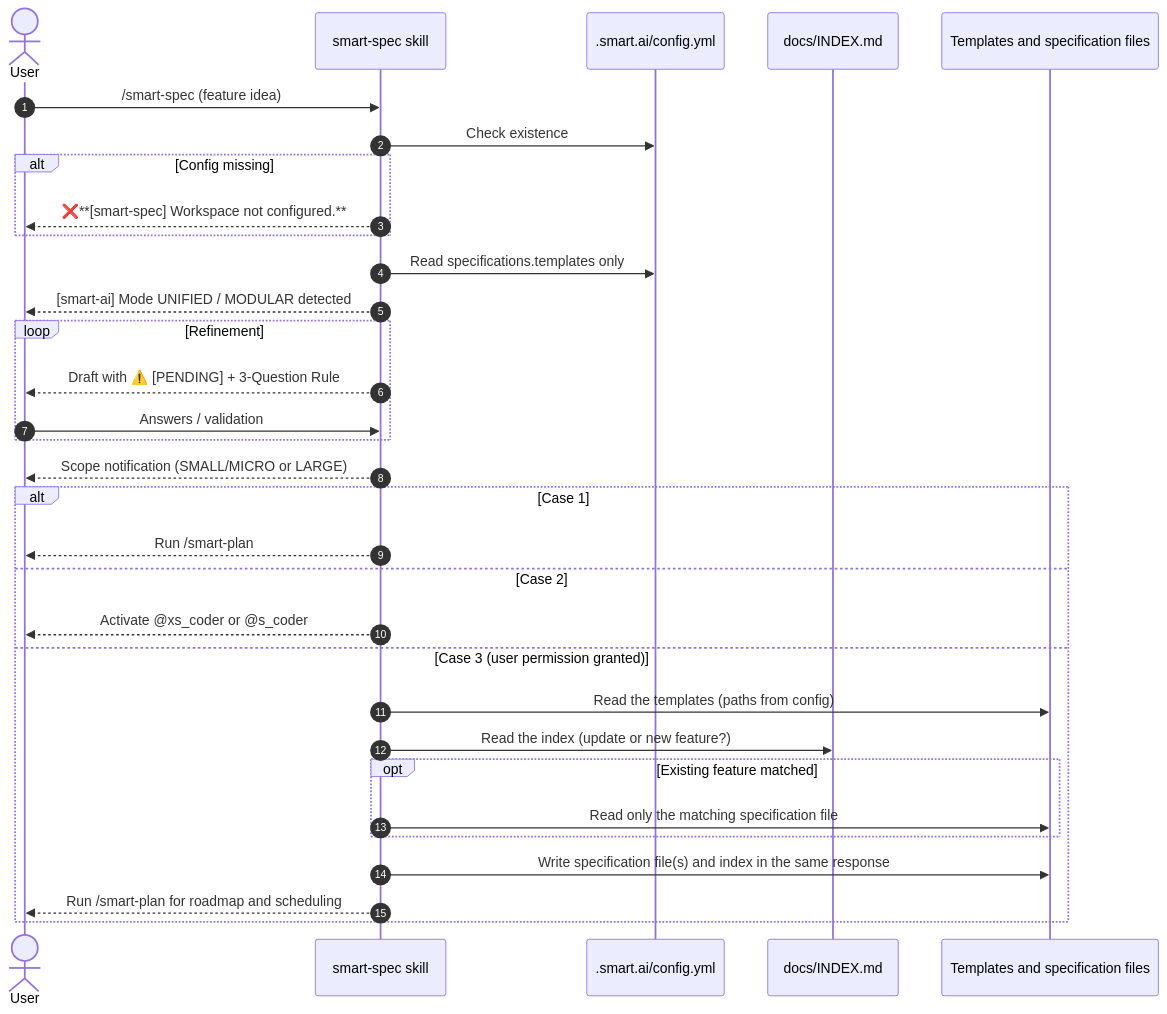
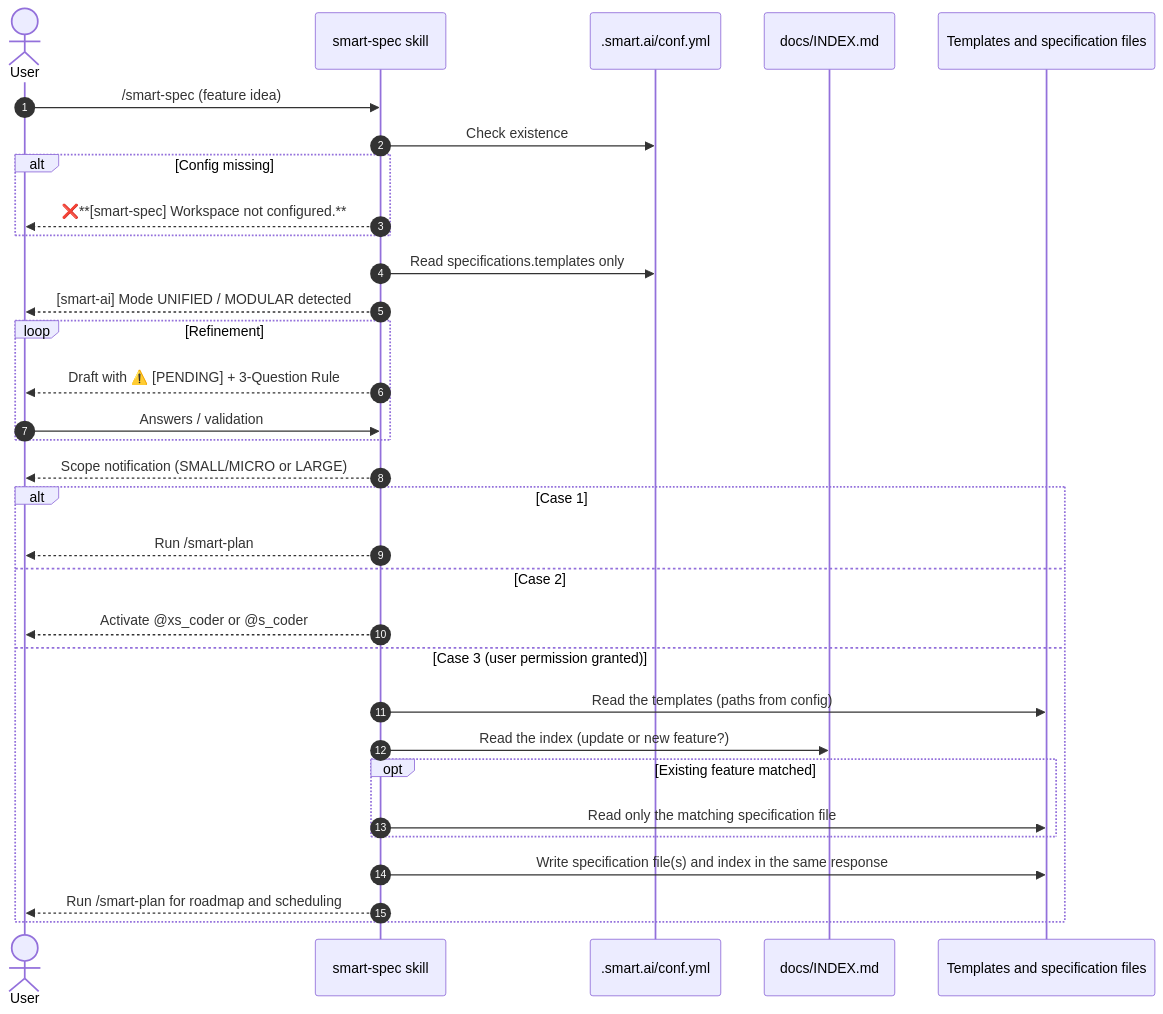
The second of 2 diagrams in docs/specs/smart-spec.md (fletort/smart-ai-factory), drawn with Mermaid before and after one commit. The commit also changed other lines of this file and 32 other files, not shown here.

````diff
--- a/docs/specs/smart-spec.md
+++ b/docs/specs/smart-spec.md
@@ -130,35 +130,35 @@
   ```mermaid
   sequenceDiagram
       autonumber
       actor User
       participant Skill as smart-spec skill
-      participant Cfg as .smart.ai/config.yml
+      participant Cfg as .smart.ai/conf.yml
       participant Idx as docs/INDEX.md
       participant Specs as Templates and specification files
 
       User->>Skill: /smart-spec (feature idea)
       Skill->>Cfg: Check existence
       alt Config missing
           Skill-->>User: ❌**[smart-spec] Workspace not configured.**
       end
       Skill->>Cfg: Read specifications.templates only
       Skill-->>User: [smart-ai] Mode UNIFIED / MODULAR detected
       loop Refinement
           Skill-->>User: Draft with ⚠️ [PENDING] + 3-Question Rule
           User->>Skill: Answers / validation
       end
       Skill-->>User: Scope notification (SMALL/MICRO or LARGE)
       alt Case 1
           Skill-->>User: Run /smart-plan
       else Case 2
           Skill-->>User: Activate @xs_coder or @s_coder
       else Case 3 (user permission granted)
           Skill->>Specs: Read the templates (paths from config)
           Skill->>Idx: Read the index (update or new feature?)
           opt Existing feature matched
               Skill->>Specs: Read only the matching specification file
           end
           Skill->>Specs: Write specification file(s) and index in the same response
           Skill-->>User: Run /smart-plan for roadmap and scheduling
       end
   ```
````
